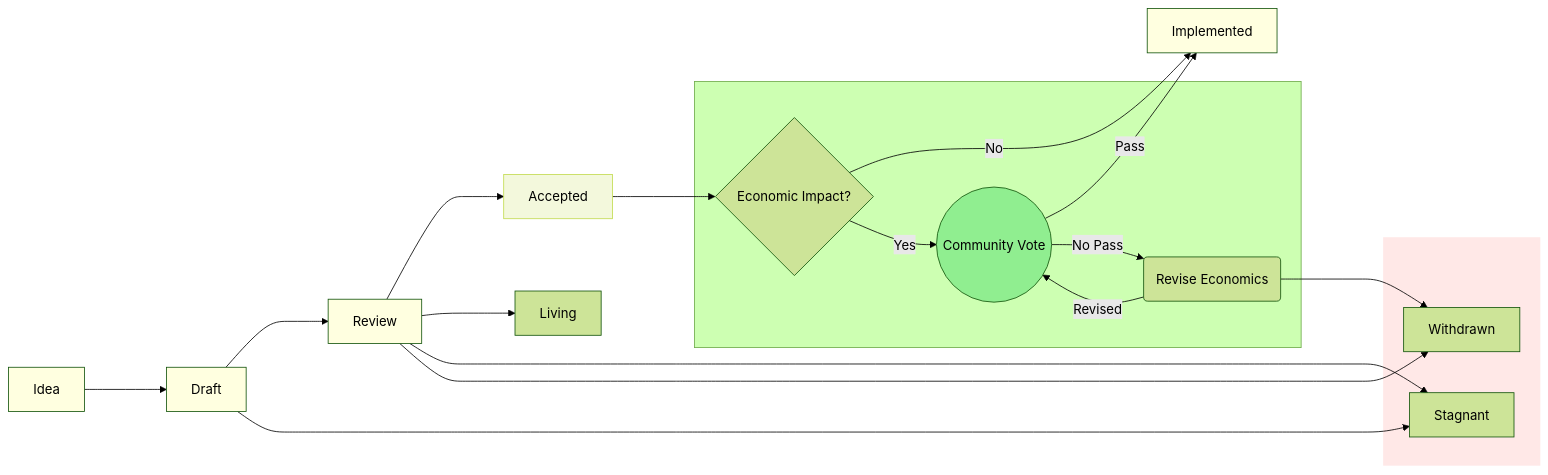
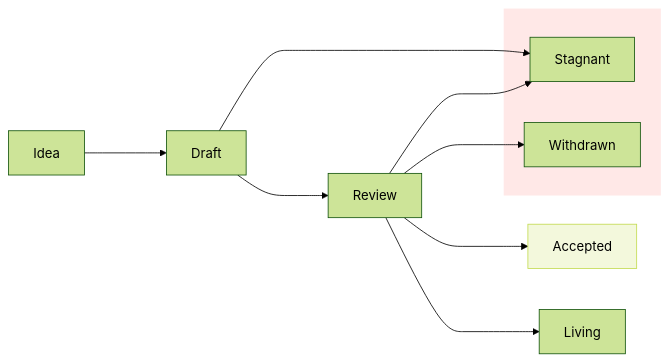
The diagram in proposals/0001-simd-process.md (0xSol/solana-improvement-documents), drawn with Mermaid (forest theme) before and after one commit. The commit also changed other lines of this file, not shown here.

Commit message:
Add community vote line

````diff
--- a/proposals/0001-simd-process.md
+++ b/proposals/0001-simd-process.md
@@ -90,46 +87,24 @@
 ```mermaid
-flowchart LR 
+flowchart LR
   Idea
   Draft
   Review
   Accepted
-  EconomicImpact?
-  Implemented
-  CommunityVote
-  ReviseEconomics
-  
+
   subgraph fail[&nbsp];
     Stagnant
     Withdrawn
   end
 
-  subgraph economics[&nbsp];
-	EconomicImpact?
-    CommunityVote
-    ReviseEconomics
-  end
-  
   style fail fill:#ffe8e7,stroke:none
-  style CommunityVote fill: lightgreen
-  style Implemented fill: lightyellow
-  style Idea fill: lightyellow
-  style Review fill: lightyellow
-  style Draft fill: lightyellow
   style Accepted fill:#f3f8dc,stroke:#c3db50;
 
   Idea ---> Draft;
   Draft ---> Review;
   Review ---> Accepted;
   Review ---> Living;
 
   Draft ---> Stagnant;
   Review ---> Stagnant;
   Review ---> Withdrawn;
-  Accepted ---> EconomicImpact?
-  EconomicImpact?{Economic Impact?} -- No --> Implemented 
-  EconomicImpact? -- Yes --> CommunityVote((Community Vote))
-  CommunityVote -- Pass --> Implemented 
-  CommunityVote -- No Pass --> ReviseEconomics(Revise Economics)
-  ReviseEconomics -- Revised --> CommunityVote
-  ReviseEconomics ---> Withdrawn
-```  
+```
````
